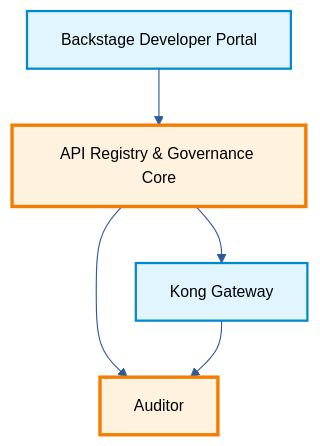
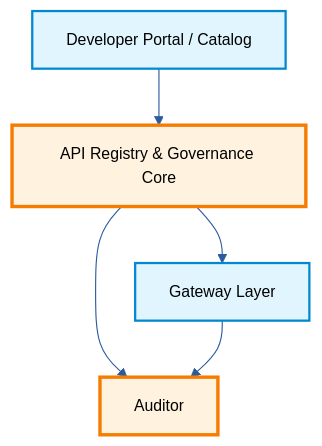
One commit to barbecuesteve/api-governance changed the diagram in build-from-composition/README.md. Above: the diagram before and after it, drawn with Mermaid. The commit also changed other lines of this file, not shown here.

```diff
--- a/build-from-composition/README.md
+++ b/build-from-composition/README.md
@@ -55,13 +61,13 @@
 <pre class="mermaid">
 %%{init: {'theme':'base', 'themeVariables': { 'primaryColor':'#e8f4f8','primaryTextColor':'#000','primaryBorderColor':'#2c5aa0','lineColor':'#2c5aa0','edgeLabelBackground':'#fff','fontSize':'14px'}}}%%
 graph TD
-    A[Backstage Developer Portal] --> B[API Registry & Governance Core]
-    B --> C[Kong Gateway]
+    A[Developer Portal / Catalog] --> B[API Registry & Governance Core]
+    B --> C[Gateway Layer]
     B --> D[Auditor]
     C --> D
     
     style A fill:#e1f5ff,stroke:#0288d1,stroke-width:2px
     style B fill:#fff3e0,stroke:#f57c00,stroke-width:3px
     style C fill:#e1f5ff,stroke:#0288d1,stroke-width:2px
     style D fill:#fff3e0,stroke:#f57c00,stroke-width:3px
 </pre>
```
